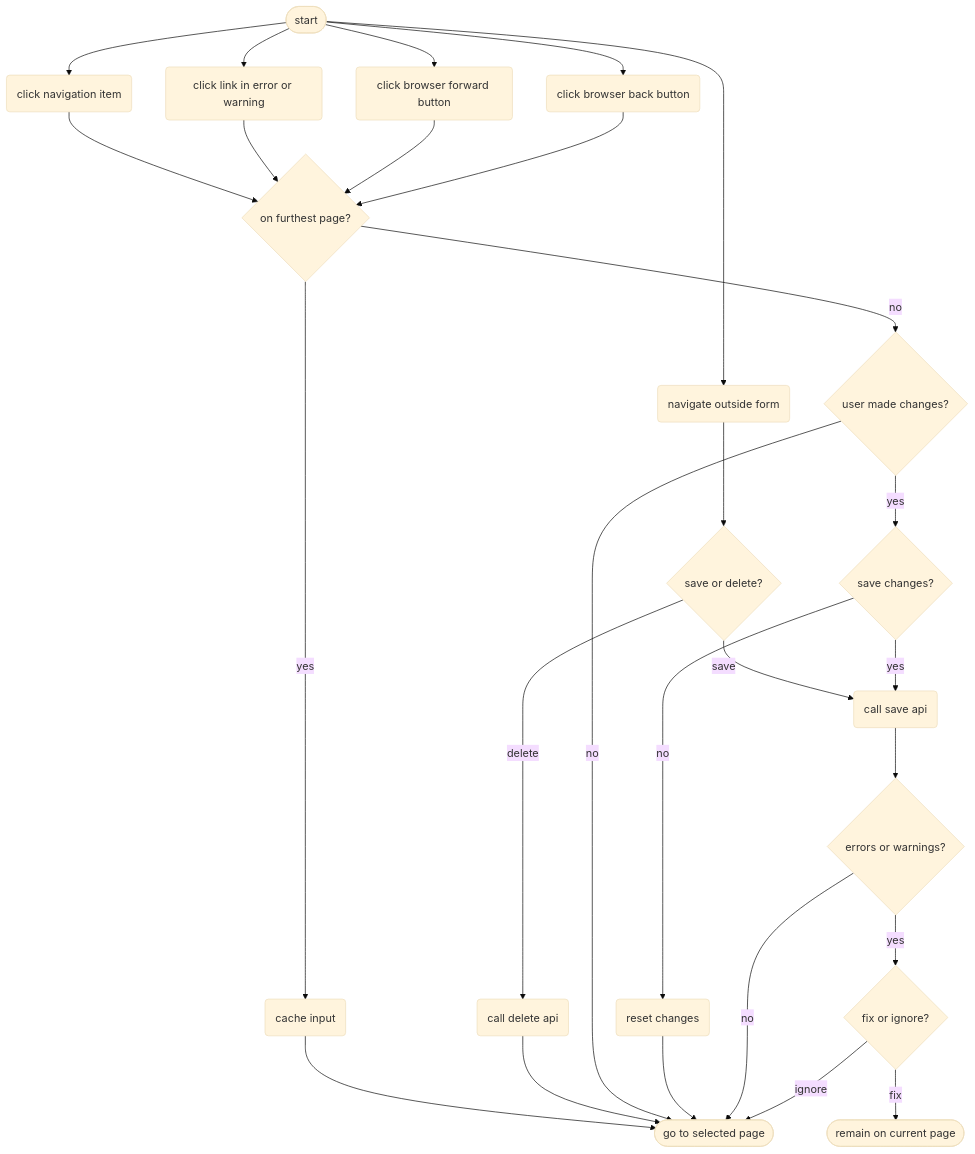
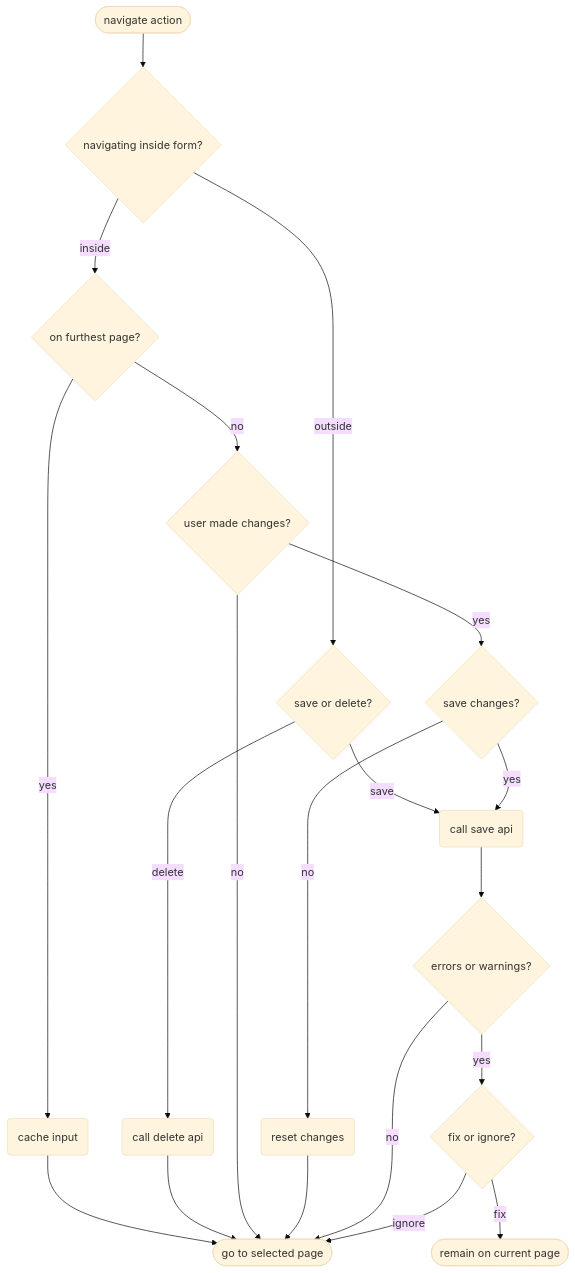
Before and after one commit to kiesraad/abacus: the fourth of 4 diagrams in documentatie/flowcharts/data-entry-forms.md, drawn with Mermaid (base theme). The commit also changed other lines of this file, not shown here.

Commit message:
Navigation: only discern inside/outside form

````diff
--- a/documentatie/flowcharts/data-entry-forms.md
+++ b/documentatie/flowcharts/data-entry-forms.md
@@ -169,55 +177,43 @@
 ```mermaid
 flowchart TD
     %% start and end
-    flow-start([start])
-
+    flow-start([navigate action])
     go-to-page([go to selected page])
     remain-on-page([remain on current page])
 
     %% steps
-    nav-item(click navigation item)
-    browser-back("click browser back button")
-    link-in-error-or-warning("click link in error or warning")
-    browser-forward("click browser forward button")
-    navigate-outside-form("navigate outside form")
+    inside-outside{navigating inside form?}
     on-furthest-page{on furthest page?}
     user-made-changes{user made changes?}
     save-changes{save changes?}
     call-save-api(call save api)
     call-delete-api(call delete api)
     cache-input(cache input)
     reset-changes(reset changes)
     errors-or-warnings{errors or warnings?}
     modal-fix-or-ignore{fix or ignore?}
     save-or-delete{"save or delete?"}
 
     %% flow
-    flow-start --> navigate-outside-form
-    flow-start --> nav-item
-    flow-start --> browser-back
-    flow-start --> browser-forward
-    flow-start --> link-in-error-or-warning
-    nav-item --> on-furthest-page
-    link-in-error-or-warning --> on-furthest-page
-    browser-forward --> on-furthest-page
-    browser-back --> on-furthest-page
+    flow-start --> inside-outside
+    inside-outside -- outside --> save-or-delete
+    inside-outside -- inside --> on-furthest-page
     on-furthest-page -- yes --> cache-input
     cache-input --> go-to-page
     
-    navigate-outside-form --> save-or-delete
     save-or-delete -- save --> call-save-api
     save-or-delete -- delete --> call-delete-api
     call-delete-api --> go-to-page
 
     on-furthest-page -- no --> user-made-changes
     user-made-changes -- no --> go-to-page
     user-made-changes -- yes --> save-changes
     save-changes -- no --> reset-changes
     reset-changes --> go-to-page
     save-changes -- yes --> call-save-api
     call-save-api --> errors-or-warnings
     errors-or-warnings -- no --> go-to-page
     errors-or-warnings -- yes --> modal-fix-or-ignore
     modal-fix-or-ignore -- fix --> remain-on-page
     modal-fix-or-ignore -- ignore --> go-to-page
 ```
````
